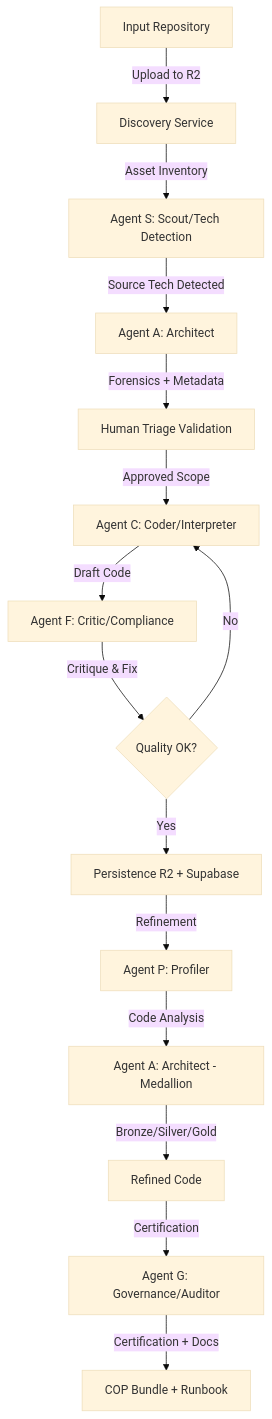
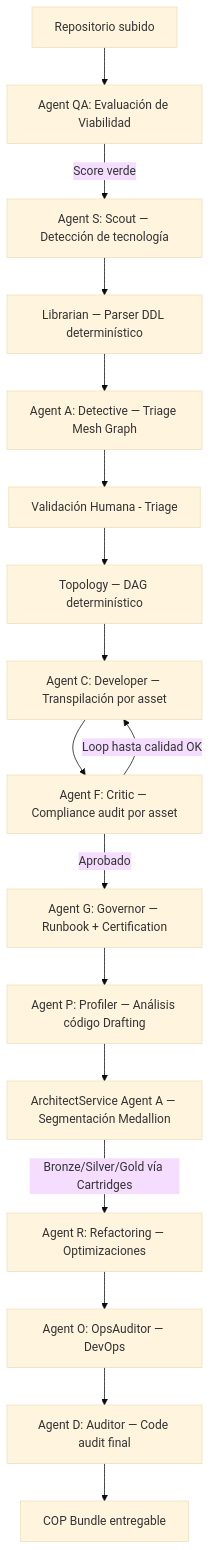
One commit to rbugari/Legacy2Lake changed the diagram in docs/technical/system_prompts_and_agents.md. Above: the diagram before and after it, drawn with Mermaid (base theme). The commit also changed other lines of this file and 74 other files, not shown here.

````diff
--- a/docs/technical/system_prompts_and_agents.md
+++ b/docs/technical/system_prompts_and_agents.md
@@ -13,17 +51,19 @@
 ```mermaid
 graph TD
-    User[Input Repository] -->|Upload to R2| D[Discovery Service]
-    D -->|Asset Inventory| S[Agent S: Scout/Tech Detection]
-    S -->|Source Tech Detected| A[Agent A: Architect]
-    A -->|Forensics + Metadata| Triage[Human Triage Validation]
-    Triage -->|Approved Scope| C[Agent C: Coder/Interpreter]
-    C -->|Draft Code| F[Agent F: Critic/Compliance]
-    F -->|Critique & Fix| F_Loop{Quality OK?}
-    F_Loop -->|Yes| Persist[Persistence R2 + Supabase]
-    F_Loop -->|No| C
-    Persist -->|Refinement| P[Agent P: Profiler]
-    P -->|Code Analysis| A2[Agent A: Architect - Medallion]
-    A2 -->|Bronze/Silver/Gold| Refined[Refined Code]
-    Refined -->|Certification| G[Agent G: Governance/Auditor]
-    G -->|Certification + Docs| Output[COP Bundle + Runbook]
+    Upload[Repositorio subido] --> QA[Agent QA: Evaluación de Viabilidad]
+    QA -->|Score verde| S[Agent S: Scout — Detección de tecnología]
+    S --> Librarian[Librarian — Parser DDL determinístico]
+    Librarian --> A1[Agent A: Detective — Triage Mesh Graph]
+    A1 --> HumanTriage[Validación Humana - Triage]
+    HumanTriage --> Topology[Topology — DAG determinístico]
+    Topology --> C[Agent C: Developer — Transpilación por asset]
+    C --> F[Agent F: Critic — Compliance audit por asset]
+    F -->|Loop hasta calidad OK| C
+    F -->|Aprobado| G[Agent G: Governor — Runbook + Certification]
+    G --> P[Agent P: Profiler — Análisis código Drafting]
+    P --> A2[ArchitectService Agent A — Segmentación Medallion]
+    A2 -->|Bronze/Silver/Gold vía Cartridges| R[Agent R: Refactoring — Optimizaciones]
+    R --> O[Agent O: OpsAuditor — DevOps]
+    O --> D[Agent D: Auditor — Code audit final]
+    D --> Output[COP Bundle entregable]
 ```
````
